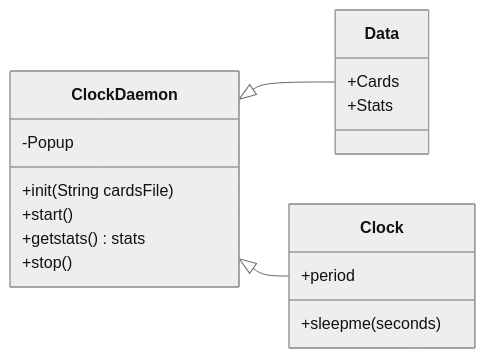
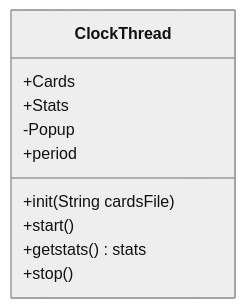
Before and after one commit to 24adamcho/sudden-flash-card-event: the second of 4 diagrams in docs/classdiagram.md, drawn with Mermaid (neutral theme). The commit also changed other lines of this file and 4 other files, not shown here.

Commit message:
lump clock thread into one file, because threading

````diff
--- a/docs/classdiagram.md
+++ b/docs/classdiagram.md
@@ -31,22 +31,14 @@
 ```mermaid
 classDiagram
 direction LR
-    class Clock{
+    class ClockThread{
+        +Cards
+        +Stats
+        -Popup
         +period
-        +sleepme(seconds)
-    }
-    class ClockDaemon{
-        -Popup
         +init(String cardsFile)
         +start()
         +getstats() stats
         +stop()
     }
-    class Data{
-        +Cards
-        +Stats
-    }
-
-    ClockDaemon <|-- Data
-    ClockDaemon <|-- Clock
 ```
````
